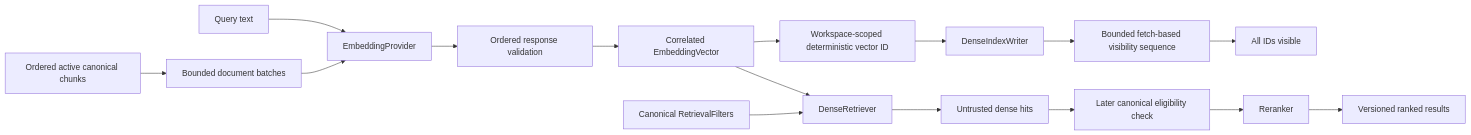
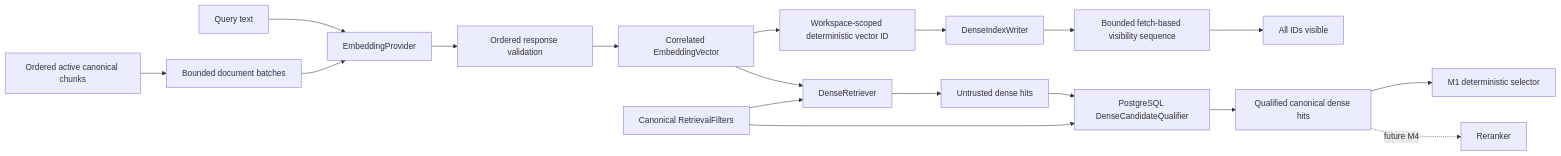
Before and after one commit to rnkraus/investment-research: the fourth of 4 diagrams in backend/src/investment_research/modules/search/README.md, drawn with Mermaid. The commit also changed other lines of this file, not shown here.

Commit message:
docs: explain dense candidate qualification

````diff
--- a/backend/src/investment_research/modules/search/README.md
+++ b/backend/src/investment_research/modules/search/README.md
@@ -95,18 +96,20 @@
 ```mermaid
 flowchart LR
     CHUNKS[Ordered active canonical chunks] --> BATCH[Bounded document batches]
     TEXT[Query text] --> EMBED[EmbeddingProvider]
     BATCH --> EMBED
     EMBED --> VALIDATE[Ordered response validation]
     VALIDATE --> VECTOR[Correlated EmbeddingVector]
     VECTOR --> ID[Workspace-scoped deterministic vector ID]
     ID --> WRITER[DenseIndexWriter]
     WRITER --> VISIBLE[Bounded fetch-based visibility sequence]
     VISIBLE --> READY[All IDs visible]
     VECTOR --> DENSE[DenseRetriever]
     FILTERS[Canonical RetrievalFilters] --> DENSE
     DENSE --> HITS[Untrusted dense hits]
-    HITS --> ELIGIBLE[Later canonical eligibility check]
-    ELIGIBLE --> RERANK[Reranker]
-    RERANK --> ORDERED[Versioned ranked results]
+    HITS --> QUALIFY[PostgreSQL DenseCandidateQualifier]
+    FILTERS --> QUALIFY
+    QUALIFY --> ELIGIBLE[Qualified canonical dense hits]
+    ELIGIBLE --> SELECT[M1 deterministic selector]
+    ELIGIBLE -. future M4 .-> RERANK[Reranker]
 ```
````
